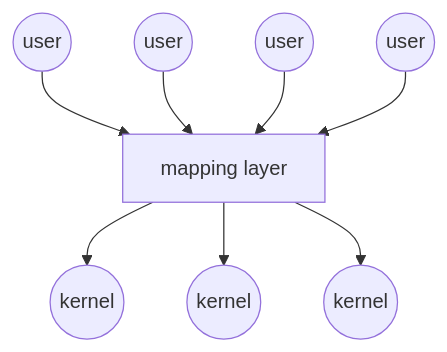
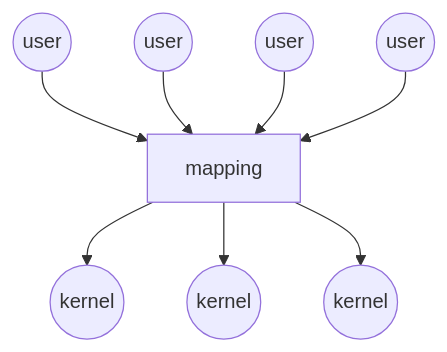
Before and after one commit to Sharmaditya2k05/OS-T2: the fifth of 24 diagrams in README.md, drawn with Mermaid. The commit also changed other lines of this file and 11 other files, not shown here.

````diff
--- a/README.md
+++ b/README.md
@@ -485,10 +428,10 @@
 ```mermaid
 flowchart TB
-    U1(("user")) --> M["mapping layer"]
+    U1(("user")) --> M["mapping"]
     U2(("user")) --> M
     U3(("user")) --> M
     U4(("user")) --> M
     M --> K1(("kernel"))
     M --> K2(("kernel"))
     M --> K3(("kernel"))
 ```
````
